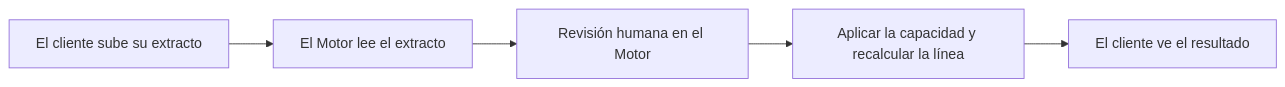
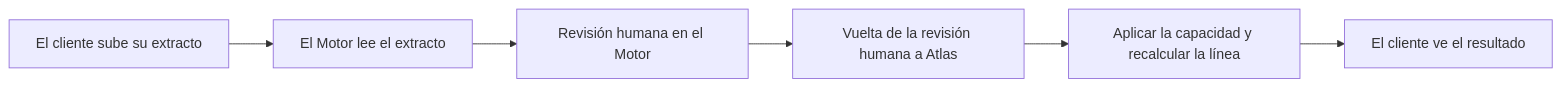
Before and after one commit to PabloArauzCaballero/AtlasBackend: the diagram in docs/processes/bank_statement_capacity.md, drawn with Mermaid. The commit also changed other lines of this file and 22 other files, not shown here.

````diff
--- a/docs/processes/bank_statement_capacity.md
+++ b/docs/processes/bank_statement_capacity.md
@@ -40,12 +40,14 @@
 ```mermaid
 flowchart LR
   statement_upload["El cliente sube su extracto"]
   statement_engine_analysis["El Motor lee el extracto"]
   statement_motor_human_review["Revisión humana en el Motor"]
+  statement_human_review_return["Vuelta de la revisión humana a Atlas"]
   statement_apply_capacity["Aplicar la capacidad y recalcular la línea"]
   statement_customer_status["El cliente ve el resultado"]
   statement_upload --> statement_engine_analysis
   statement_engine_analysis --> statement_motor_human_review
-  statement_motor_human_review --> statement_apply_capacity
+  statement_motor_human_review --> statement_human_review_return
+  statement_human_review_return --> statement_apply_capacity
   statement_apply_capacity --> statement_customer_status
 ```
````
